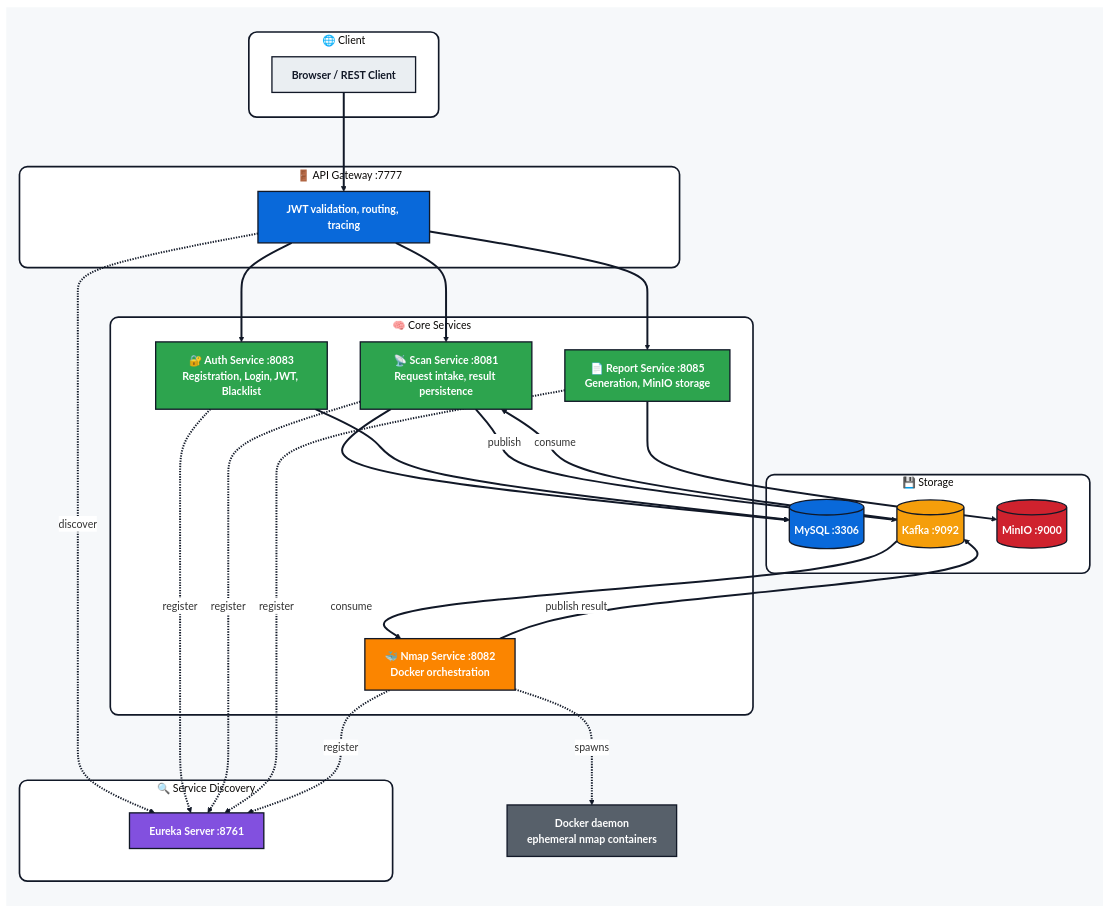
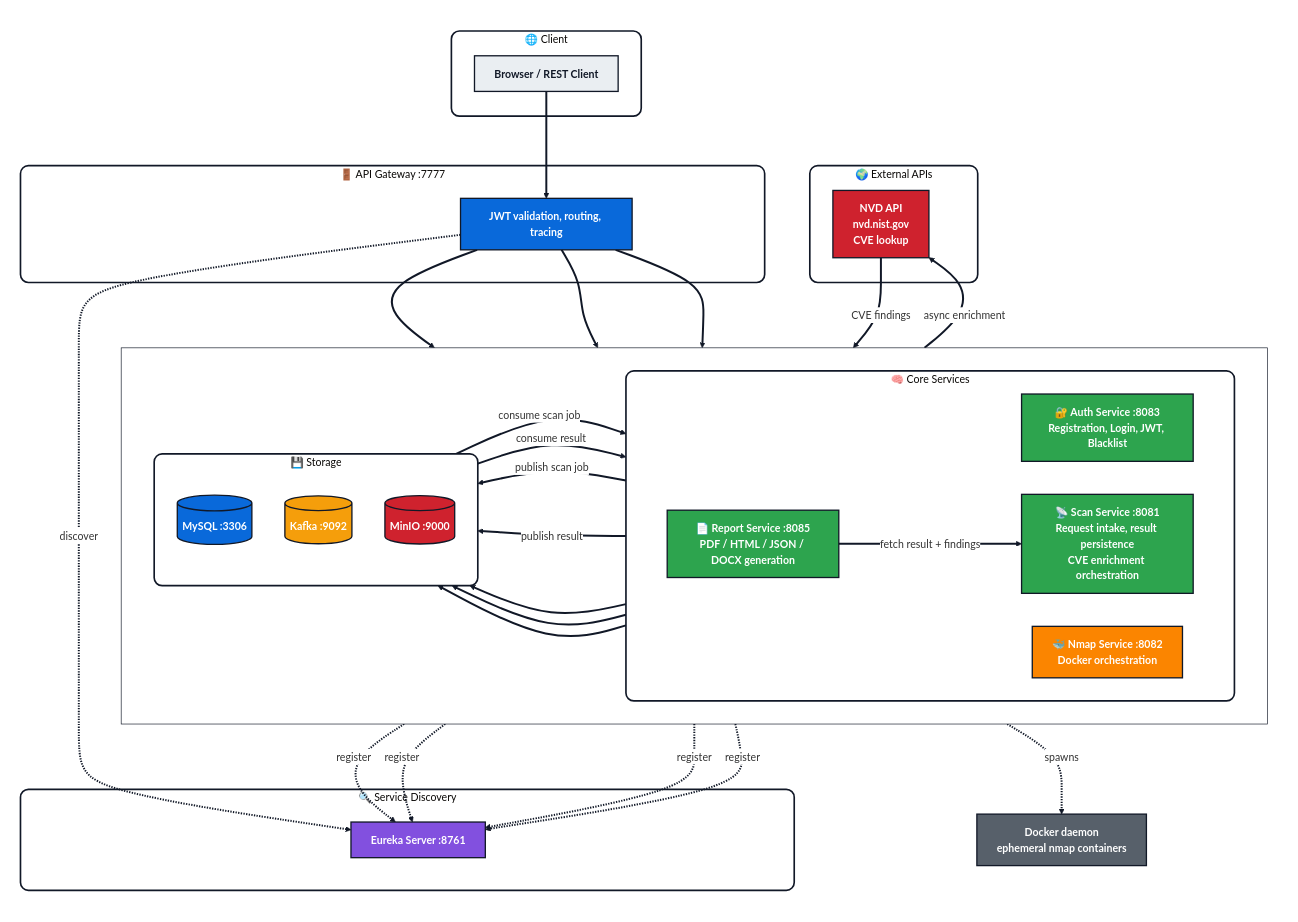
Before and after one commit to shaik-zayed/Sentinel: the diagram in assets/architecture.mmd, drawn with Mermaid. The commit also changed 5 other files, not shown here.

Commit message:
Updated readme file, architecture, flow diagrams to match the latest commits.

```diff
--- a/assets/architecture.mmd
+++ b/assets/architecture.mmd
@@ -1,84 +1,105 @@
 %%{init: {'theme': 'base', 'themeVariables': {
   'background': '#ffffff',
   'primaryColor': '#0969da',
   'edgeLabelBackground': '#ffffff',
   'tertiaryColor': '#f6f8fa',
   'clusterBkg': '#ffffff',
   'clusterBorder': '#111827',
   'lineColor': '#111827',
   'fontColor': '#111827',
   'textColor': '#111827',
   'fontSize': '16px'
 }}}%%
 flowchart TD
+
 subgraph OuterBox[" "]
 direction TB
-style OuterBox fill:#f6f8fa,stroke:#f6f8fa,stroke-width:0px
+style OuterBox fill:#ffffff,stroke:#ffffff,stroke-width:0px
 
 subgraph Client_Layer["🌐 Client"]
 Client["Browser / REST Client"]
 end
 
 subgraph Gateway_Layer["🚪 API Gateway :7777"]
 Gateway["JWT validation, routing, tracing"]
 end
 
+subgraph CoreAndStorage[" "]
+direction LR
+
 subgraph Service_Layer["🧠 Core Services"]
+direction LR
 Auth["🔐 Auth Service :8083<br/>Registration, Login, JWT, Blacklist"]
-Scan["📡 Scan Service :8081<br/>Request intake, result persistence"]
-Report["📄 Report Service :8085<br/>Generation, MinIO storage"]
+Scan["📡 Scan Service :8081<br/>Request intake, result persistence<br/>CVE enrichment orchestration"]
+Report["📄 Report Service :8085<br/>PDF / HTML / JSON / DOCX generation"]
 Nmap["🐳 Nmap Service :8082<br/>Docker orchestration"]
+end
+
+subgraph Storage_Layer["💾 Storage"]
+direction TB
+MySQL[("MySQL :3306")]
+Kafka[("Kafka :9092")]
+MinIO[("MinIO :9000")]
+end
 end
 
 subgraph Discovery_Layer["🔍 Service Discovery"]
 Eureka["Eureka Server :8761"]
 end
 
-subgraph Storage_Layer["💾 Storage"]
-MySQL[("MySQL :3306")]
-MinIO[("MinIO :9000")]
-Kafka[("Kafka :9092")]
+subgraph External_Layer["🌍 External APIs"]
+NVD["NVD API<br/>nvd.nist.gov<br/>CVE lookup"]
 end
 
+Docker["Docker daemon<br/>ephemeral nmap containers"]
+
 Client --> Gateway
+
 Gateway --> Auth
 Gateway --> Scan
 Gateway --> Report
 
 Gateway -.->|discover| Eureka
 Auth -.->|register| Eureka
 Scan -.->|register| Eureka
 Report -.->|register| Eureka
 Nmap -.->|register| Eureka
 
-Scan -->|publish| Kafka
-Kafka -->|consume| Nmap
+Scan -->|publish scan job| Kafka
+Kafka -->|consume scan job| Nmap
 Nmap -->|publish result| Kafka
-Kafka -->|consume| Scan
+Kafka -->|consume result| Scan
 
+Scan -->|async enrichment| NVD
+NVD -->|CVE findings| Scan
+
+Report -->|fetch result + findings| Scan
+
+Auth --> MySQL
 Scan --> MySQL
-Auth --> MySQL
 Report --> MinIO
 
-Nmap -.->|spawns| Docker["Docker daemon<br/>ephemeral nmap containers"]
+Nmap -.->|spawns| Docker
 end
 
 linkStyle default stroke:#111827,stroke-width:3px
 
 style Client_Layer stroke:#111827,stroke-width:2.5px,rx:12px,ry:12px
 style Gateway_Layer stroke:#111827,stroke-width:2.5px,rx:12px,ry:12px
 style Service_Layer stroke:#111827,stroke-width:2.5px,rx:12px,ry:12px
 style Discovery_Layer stroke:#111827,stroke-width:2.5px,rx:12px,ry:12px
 style Storage_Layer stroke:#111827,stroke-width:2.5px,rx:12px,ry:12px
+style External_Layer stroke:#111827,stroke-width:2.5px,rx:12px,ry:12px
 
+style Client fill:#eaeef2,stroke:#111827,stroke-width:2px,color:#111827,font-weight:700
 style Gateway fill:#0969da,stroke:#111827,stroke-width:2px,color:#ffffff,font-weight:700
 style Auth fill:#2da44e,stroke:#111827,stroke-width:2px,color:#ffffff,font-weight:700
 style Scan fill:#2da44e,stroke:#111827,stroke-width:2px,color:#ffffff,font-weight:700
 style Report fill:#2da44e,stroke:#111827,stroke-width:2px,color:#ffffff,font-weight:700
 style Nmap fill:#fb8500,stroke:#111827,stroke-width:2px,color:#ffffff,font-weight:700
+style MySQL fill:#0969da,stroke:#111827,stroke-width:2px,color:#ffffff,font-weight:700
 style Kafka fill:#f59e0b,stroke:#111827,stroke-width:2px,color:#ffffff,font-weight:700
-style MySQL fill:#0969da,stroke:#111827,stroke-width:2px,color:#ffffff,font-weight:700
 style MinIO fill:#cf222e,stroke:#111827,stroke-width:2px,color:#ffffff,font-weight:700
 style Eureka fill:#8250df,stroke:#111827,stroke-width:2px,color:#ffffff,font-weight:700
+style NVD fill:#cf222e,stroke:#111827,stroke-width:2px,color:#ffffff,font-weight:700
 style Docker fill:#57606a,stroke:#111827,stroke-width:2px,color:#ffffff,font-weight:700
-style Client fill:#eaeef2,stroke:#111827,stroke-width:2px,color:#111827,font-weight:700
```
